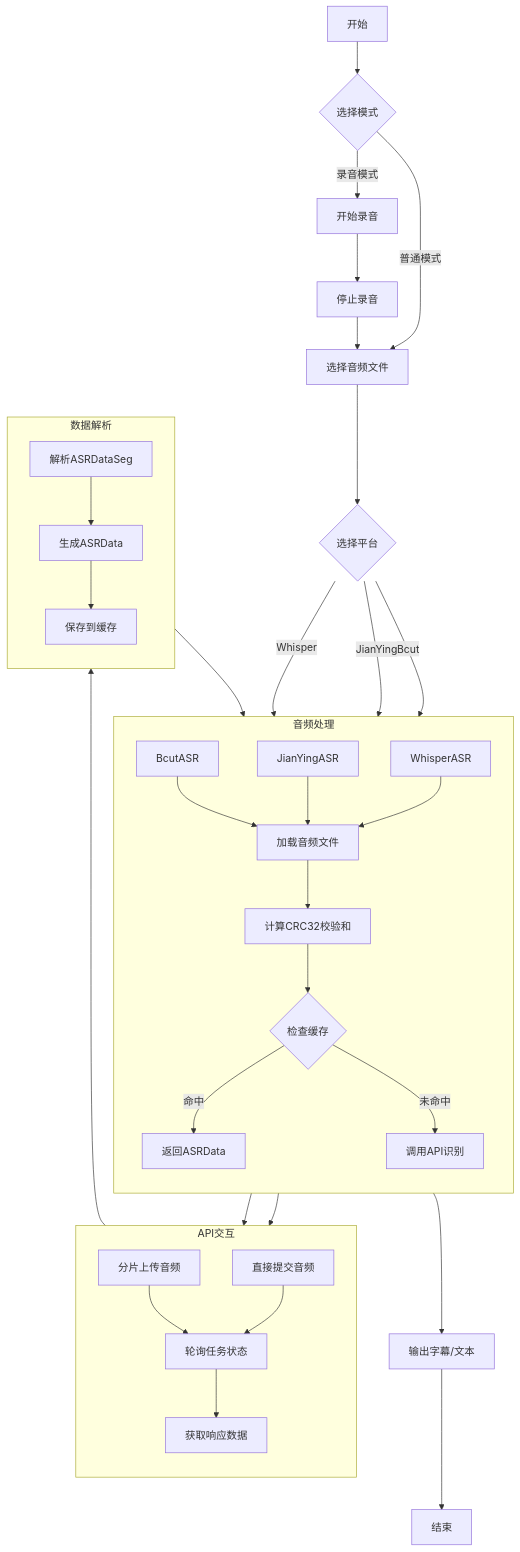
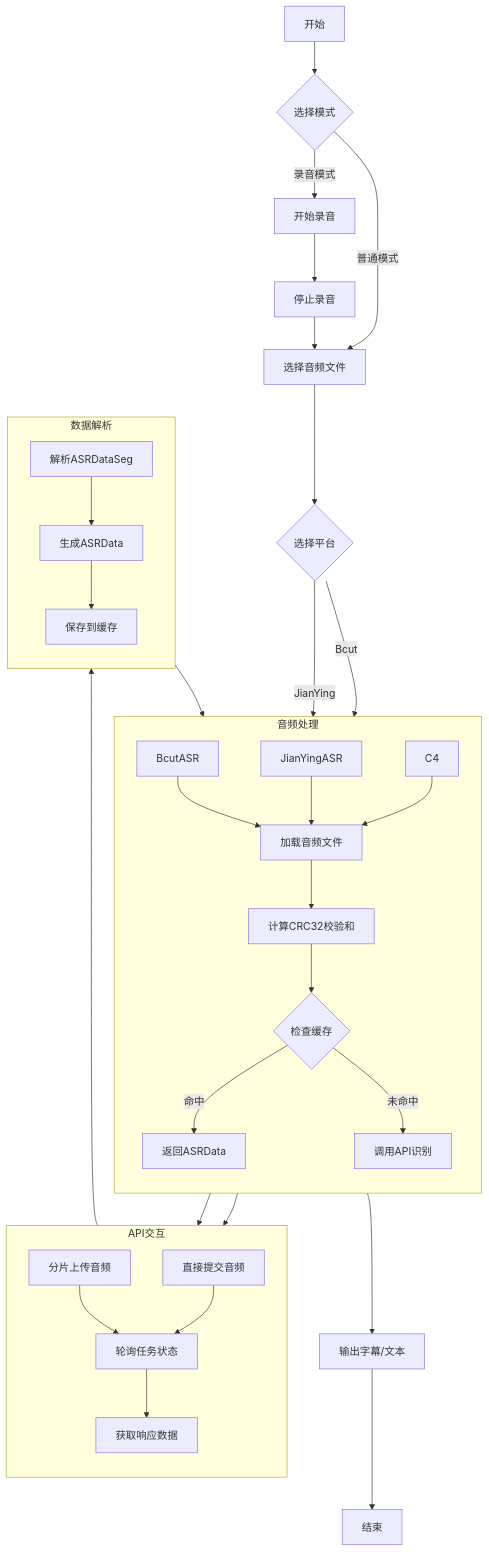
Before and after one commit to HandyWote/ASRTool: the diagram in README.md, drawn with Mermaid.

Commit message:
修改README

````diff
--- a/README.md
+++ b/README.md
@@ -29,41 +29,40 @@
 ```mermaid
 graph TB
     Start[开始] --> Mode{选择模式}
     Mode -->|普通模式| A[选择音频文件]
     Mode -->|录音模式| Rec[开始录音]
     Rec --> Stop[停止录音]
     Stop --> A
 
     A --> B{选择平台}
     B -->|Bcut| C1[BcutASR]
     B -->|JianYing| C2[JianYingASR]
-    B -->|Whisper| C4[WhisperASR]
 
     subgraph 音频处理
         direction TB
         C1 & C2 & C4 --> D[加载音频文件]
         D --> E[计算CRC32校验和]
         E --> F{检查缓存}
         F -->|命中| G[返回ASRData]
         F -->|未命中| H[调用API识别]
     end
 
     subgraph API交互
         direction TB
         H --> I1[分片上传音频]
         H --> I2[直接提交音频]
         I1 & I2 --> J[轮询任务状态]
         J --> K[获取响应数据]
     end
 
     subgraph 数据解析
         direction TB
         K --> L[解析ASRDataSeg]
         L --> M[生成ASRData]
         M --> N[保存到缓存]
         N --> G
     end
 
     G --> O[输出字幕/文本]
     O --> End[结束]
 ```
````
